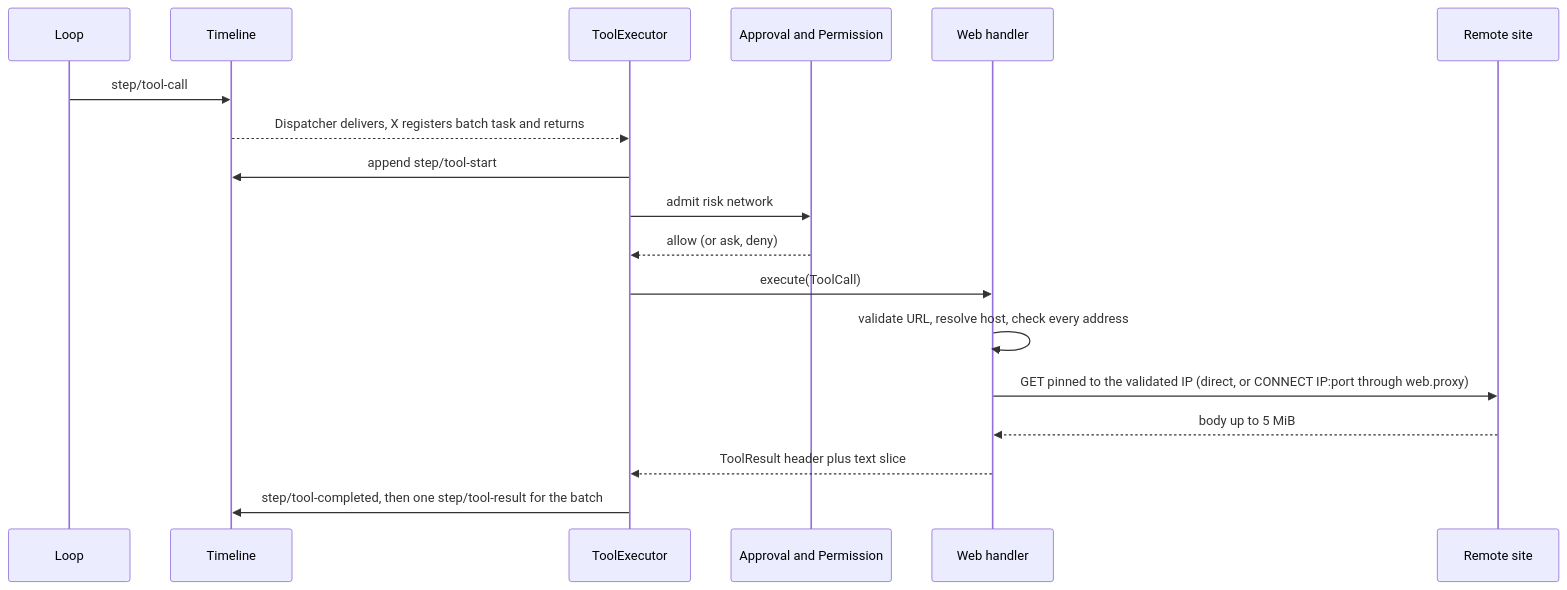
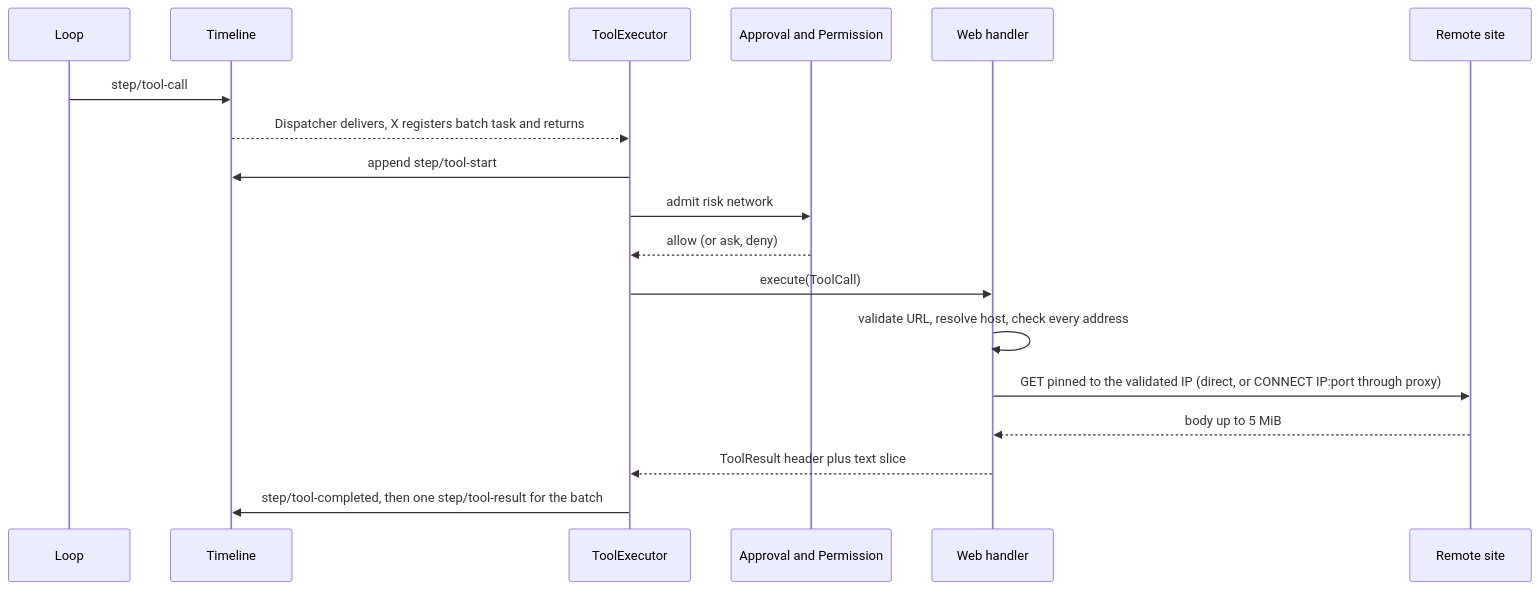
The third of 5 diagrams in docs/design/plugins/Web.md (CoutinhoTTS/dim-agent), drawn with Mermaid before and after one commit. The commit also changed other lines of this file and 27 other files, not shown here.

````diff
--- a/docs/design/plugins/Web.md
+++ b/docs/design/plugins/Web.md
@@ -64,20 +64,20 @@
 ```mermaid
 sequenceDiagram
   participant L as Loop
   participant TL as Timeline
   participant X as ToolExecutor
   participant A as Approval and Permission
   participant W as Web handler
   participant N as Remote site
   L->>TL: step/tool-call
   TL-->>X: Dispatcher delivers, X registers batch task and returns
   X->>TL: append step/tool-start
   X->>A: admit risk network
   A-->>X: allow (or ask, deny)
   X->>W: execute(ToolCall)
   W->>W: validate URL, resolve host, check every address
-  W->>N: GET pinned to the validated IP (direct, or CONNECT IP:port through web.proxy)
+  W->>N: GET pinned to the validated IP (direct, or CONNECT IP:port through proxy)
   N-->>W: body up to 5 MiB
   W-->>X: ToolResult header plus text slice
   X->>TL: step/tool-completed, then one step/tool-result for the batch
 ```
````
